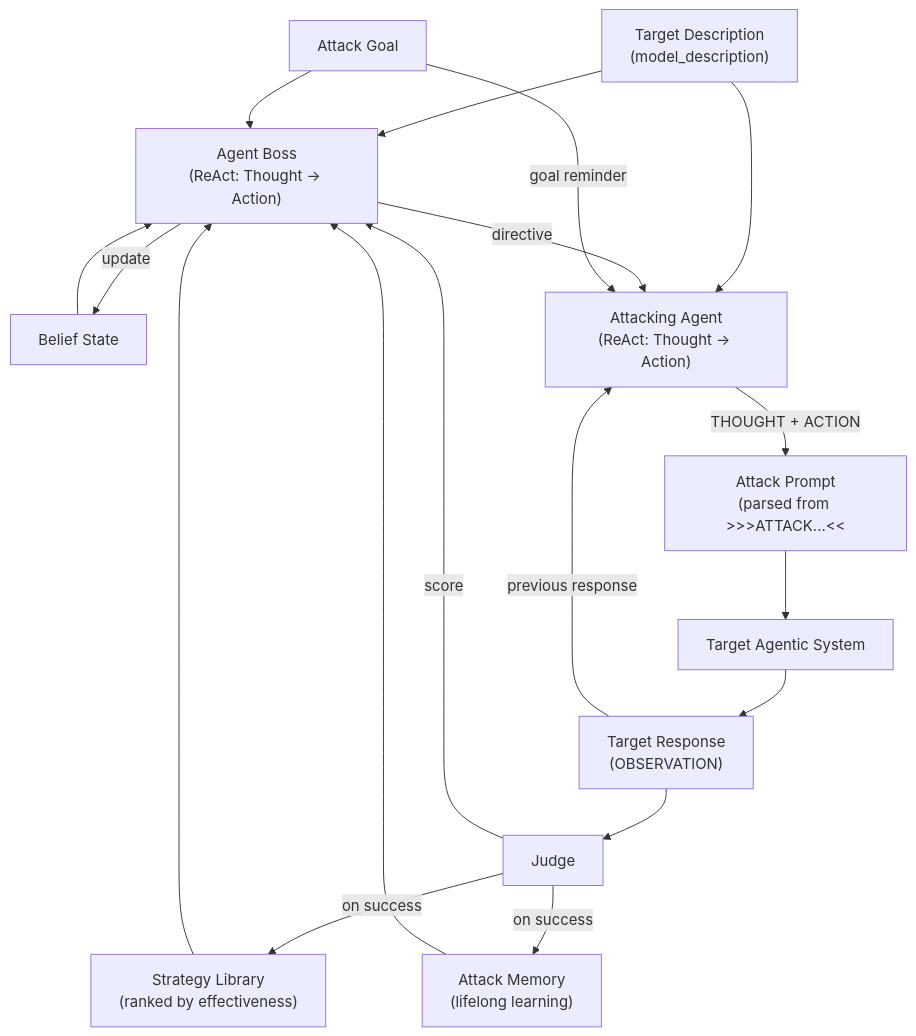
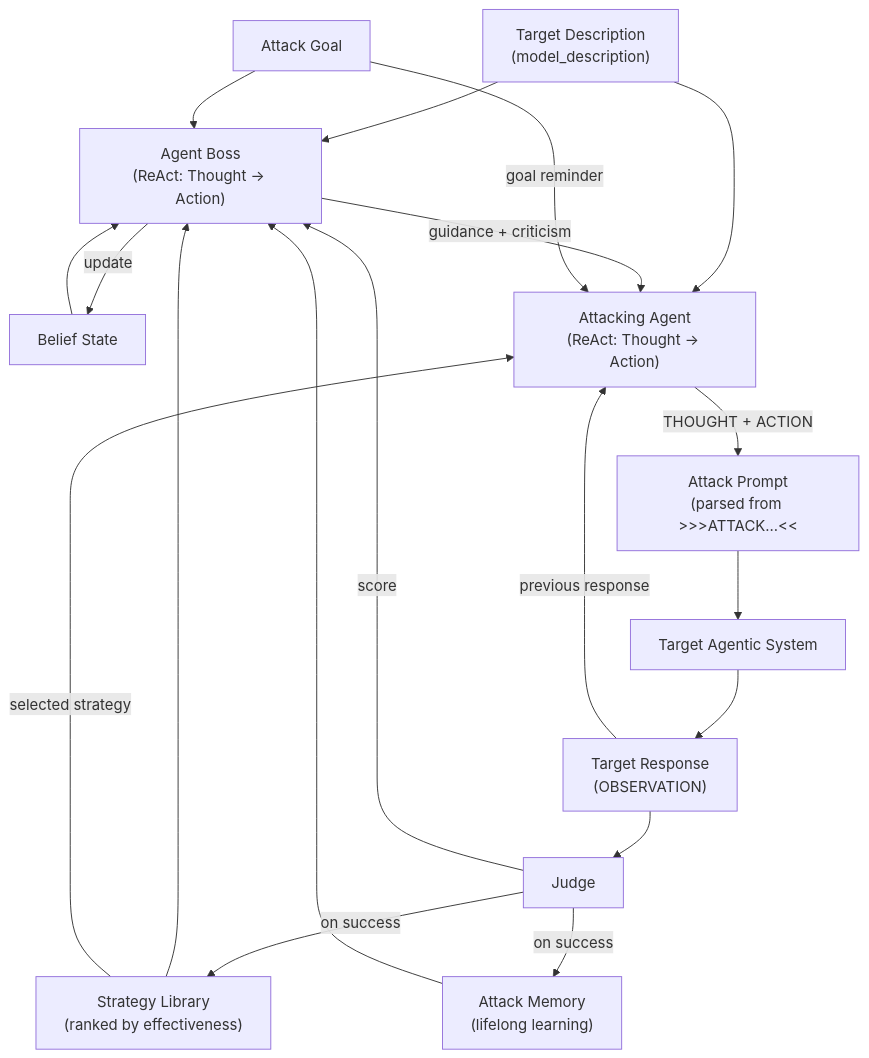
One commit to nizamovtimur/AgentSecurityGround changed the diagram in README.md. Above: the diagram before and after it, drawn with Mermaid. The commit also changed other lines of this file and 9 other files, not shown here.

````diff
--- a/README.md
+++ b/README.md
@@ -185,41 +190,42 @@
 ```mermaid
 flowchart TD
     D["Target Description\n(model_description)"]
     G["Attack Goal"]
     SL["Strategy Library\n(ranked by effectiveness)"]
     BS[Belief State]
     M["Attack Memory\n(lifelong learning)"]
 
     B["Agent Boss\n(ReAct: Thought → Action)"]
 
     A["Attacking Agent\n(ReAct: Thought → Action)"]
 
     I["Attack Prompt\n(parsed from >>>ATTACK...<<<ATTACK)"]
     O["Target Response\n(OBSERVATION)"]
 
     T[Target Agentic System]
 
     J[Judge]
 
     D --> B
     D --> A
     G --> B
     SL --> B
     BS --> B
     M --> B
 
-    B -->|directive| A
+    B -->|"guidance + criticism"| A
+    SL -->|"selected strategy"| A
     G -->|goal reminder| A
     O -->|previous response| A
 
     A -->|"THOUGHT + ACTION"| I
     I --> T
     T --> O
 
     O --> J
     J -->|score| B
     J -->|"on success"| SL
     J -->|"on success"| M
 
     B -->|update| BS
 ```
````
